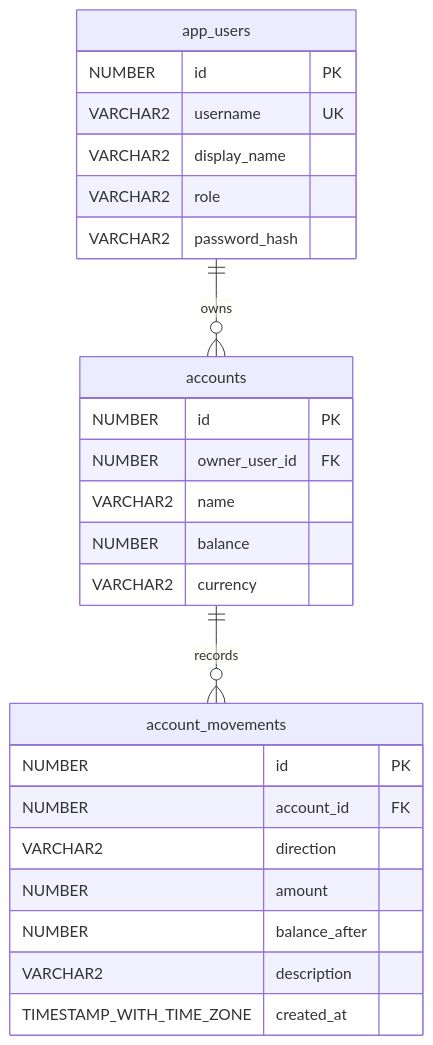
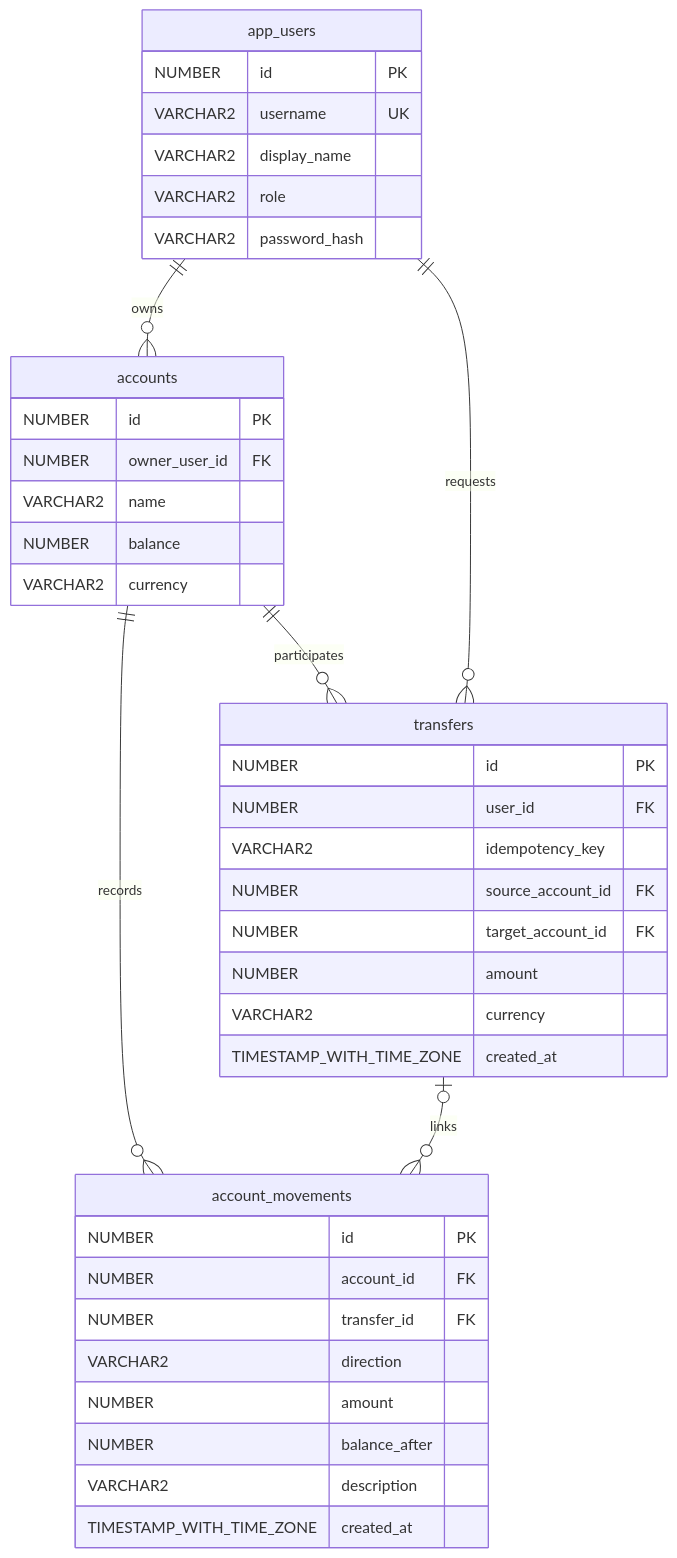
One commit to berk-celikten/hesaplab changed the diagram in docs/DATABASE_MODEL.md. Above: the diagram before and after it, drawn with Mermaid. The commit also changed other lines of this file and 18 other files, not shown here.

Commit message:
Add customer administration and durable transfer idempotency

````diff
--- a/docs/DATABASE_MODEL.md
+++ b/docs/DATABASE_MODEL.md
@@ -18,28 +18,42 @@
 ```mermaid
 erDiagram
     app_users ||--o{ accounts : owns
     accounts ||--o{ account_movements : records
+    app_users ||--o{ transfers : requests
+    accounts ||--o{ transfers : participates
+    transfers |o--o{ account_movements : links
     app_users {
         NUMBER id PK
         VARCHAR2 username UK
         VARCHAR2 display_name
         VARCHAR2 role
         VARCHAR2 password_hash
     }
     accounts {
         NUMBER id PK
         NUMBER owner_user_id FK
         VARCHAR2 name
         NUMBER balance
         VARCHAR2 currency
     }
+    transfers {
+        NUMBER id PK
+        NUMBER user_id FK
+        VARCHAR2 idempotency_key
+        NUMBER source_account_id FK
+        NUMBER target_account_id FK
+        NUMBER amount
+        VARCHAR2 currency
+        TIMESTAMP_WITH_TIME_ZONE created_at
+    }
     account_movements {
         NUMBER id PK
         NUMBER account_id FK
+        NUMBER transfer_id FK
         VARCHAR2 direction
         NUMBER amount
         NUMBER balance_after
         VARCHAR2 description
         TIMESTAMP_WITH_TIME_ZONE created_at
     }
 ```
````
